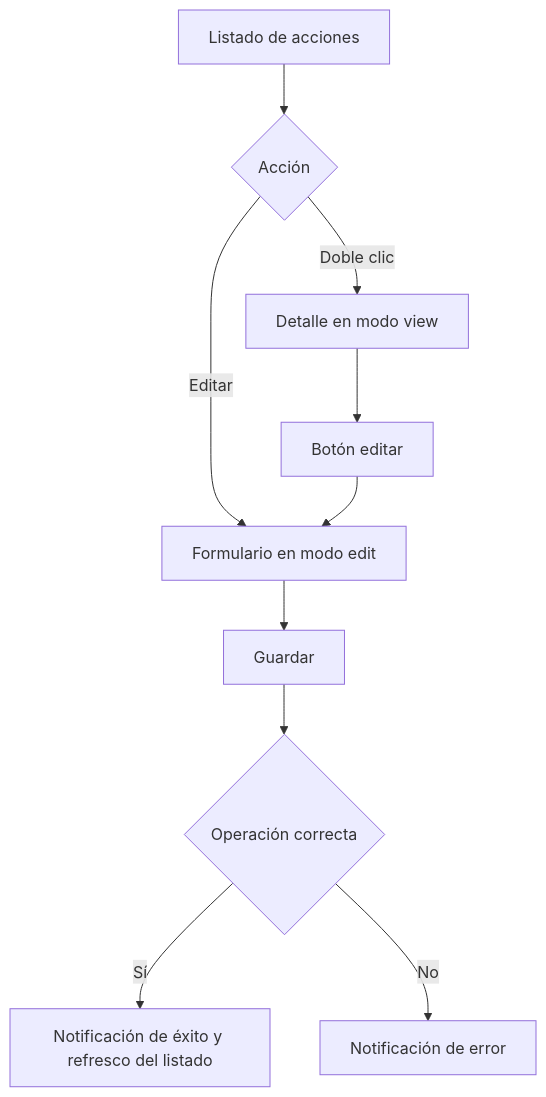
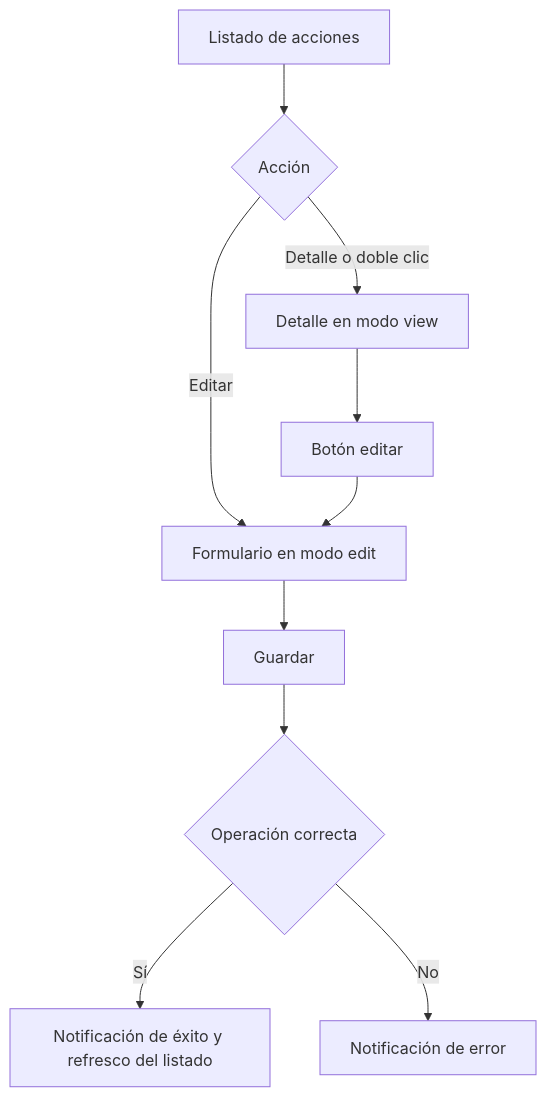
One commit to ijgomez/template changed the diagram in template-docs/02-functional/administration/security/actions.md. Above: the diagram before and after it, drawn with Mermaid. The commit also changed other lines of this file and 24 other files, not shown here.

````diff
--- a/template-docs/02-functional/administration/security/actions.md
+++ b/template-docs/02-functional/administration/security/actions.md
@@ -236,12 +238,12 @@
 ```mermaid
 flowchart TD
   A["Listado de acciones"] --> B{"Acción"}
   B -->|Editar| C["Formulario en modo edit"]
-  B -->|Doble clic| D["Detalle en modo view"]
+  B -->|Detalle o doble clic| D["Detalle en modo view"]
   C --> E["Guardar"]
   E --> F{"Operación correcta"}
   F -->|Sí| G["Notificación de éxito y refresco del listado"]
   F -->|No| H["Notificación de error"]
   D --> I["Botón editar"]
   I --> C
 ```
````
